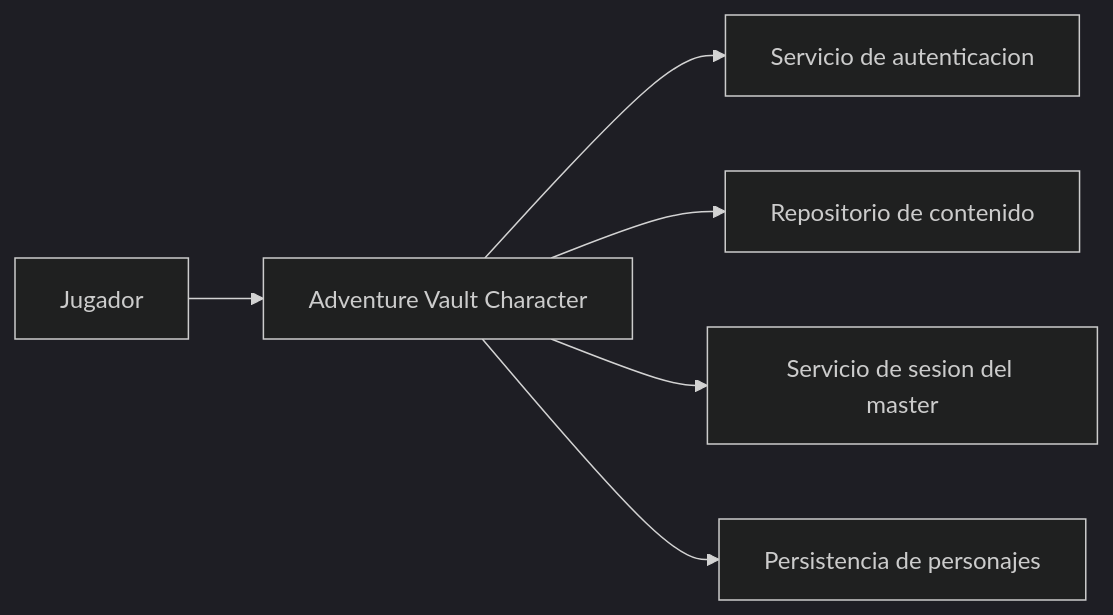
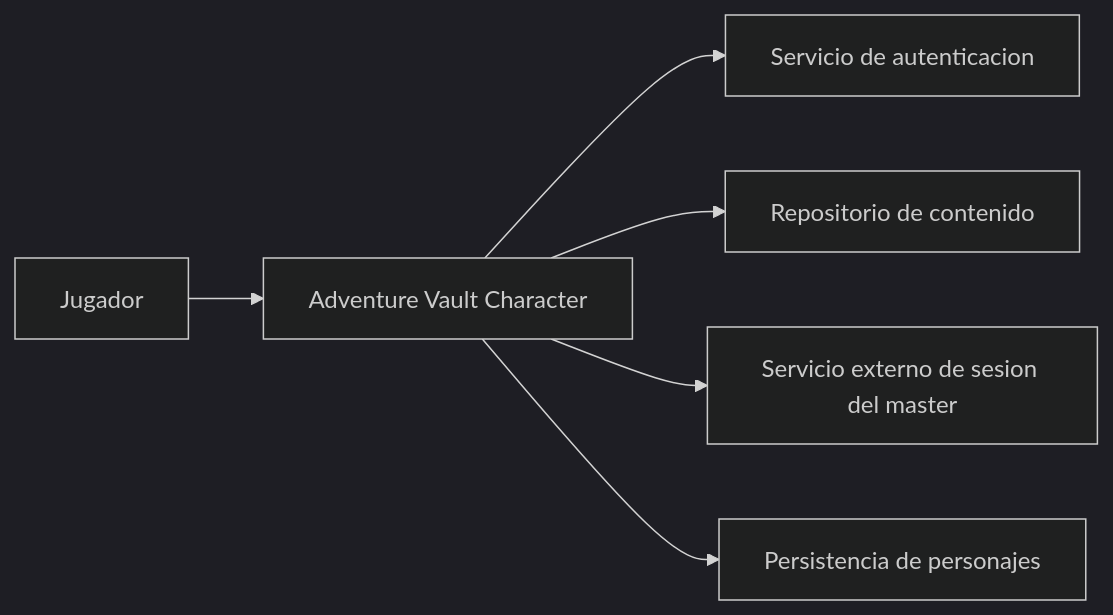
The diagram in Adventure Vault Character/docs/architecture/c4/system-context.md (JuanEstrada/adventure-vault-character), drawn with Mermaid (dark theme) before and after one commit. The commit also changed other lines of this file and 14 other files, not shown here.

````diff
--- a/Adventure Vault Character/docs/architecture/c4/system-context.md
+++ b/Adventure Vault Character/docs/architecture/c4/system-context.md
@@ -7,8 +7,8 @@
 ```mermaid
 flowchart LR
     Player["Jugador"] --> AVC["Adventure Vault Character"]
     AVC --> Auth["Servicio de autenticacion"]
     AVC --> Content["Repositorio de contenido"]
-    AVC --> Session["Servicio de sesion del master"]
+    AVC --> Session["Servicio externo de sesion del master"]
     AVC --> Storage["Persistencia de personajes"]
 ```
````
